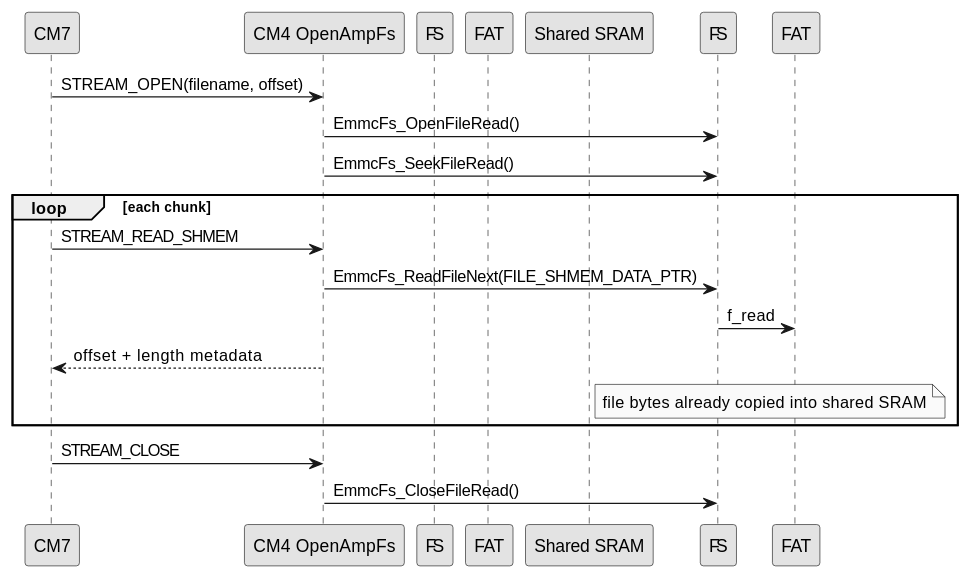
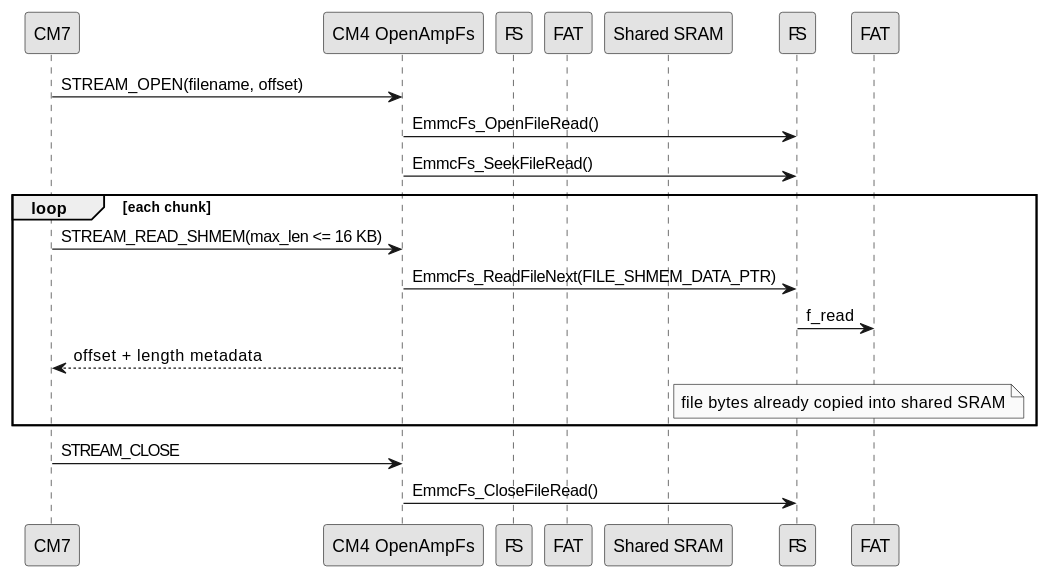
One commit to vigneshuw/aems changed the second of 3 diagrams in docs/Software/CM4/Library/emmc_fs.md. Above: the diagram before and after it, drawn with PlantUML. The commit also changed other lines of this file and 30 other files, not shown here.

````diff
--- a/docs/Software/CM4/Library/emmc_fs.md
+++ b/docs/Software/CM4/Library/emmc_fs.md
@@ -226,24 +479,24 @@
 ```plantuml
 @startuml
 skinparam monochrome true
 skinparam shadowing false
 participant CM7
 participant OA4 as "CM4 OpenAmpFs"
 participant FS as emmc_fs
 participant FAT as FatFs
 participant SHM as "Shared SRAM"
 
 CM7 -> OA4 : STREAM_OPEN(filename, offset)
 OA4 -> FS : EmmcFs_OpenFileRead()
 OA4 -> FS : EmmcFs_SeekFileRead()
 loop each chunk
-  CM7 -> OA4 : STREAM_READ_SHMEM
+  CM7 -> OA4 : STREAM_READ_SHMEM(max_len <= 16 KB)
   OA4 -> FS : EmmcFs_ReadFileNext(FILE_SHMEM_DATA_PTR)
   FS -> FAT : f_read
   OA4 --> CM7 : offset + length metadata
   note right of SHM : file bytes already copied into shared SRAM
 end
 CM7 -> OA4 : STREAM_CLOSE
 OA4 -> FS : EmmcFs_CloseFileRead()
 @enduml
 ```
````
